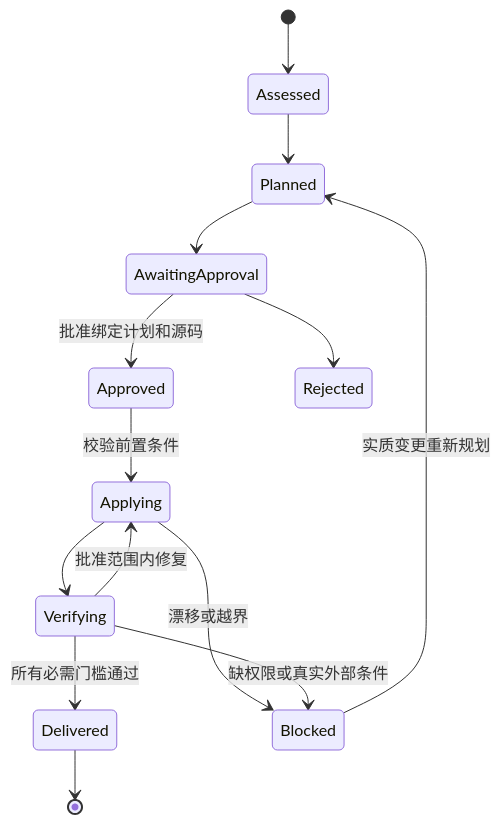
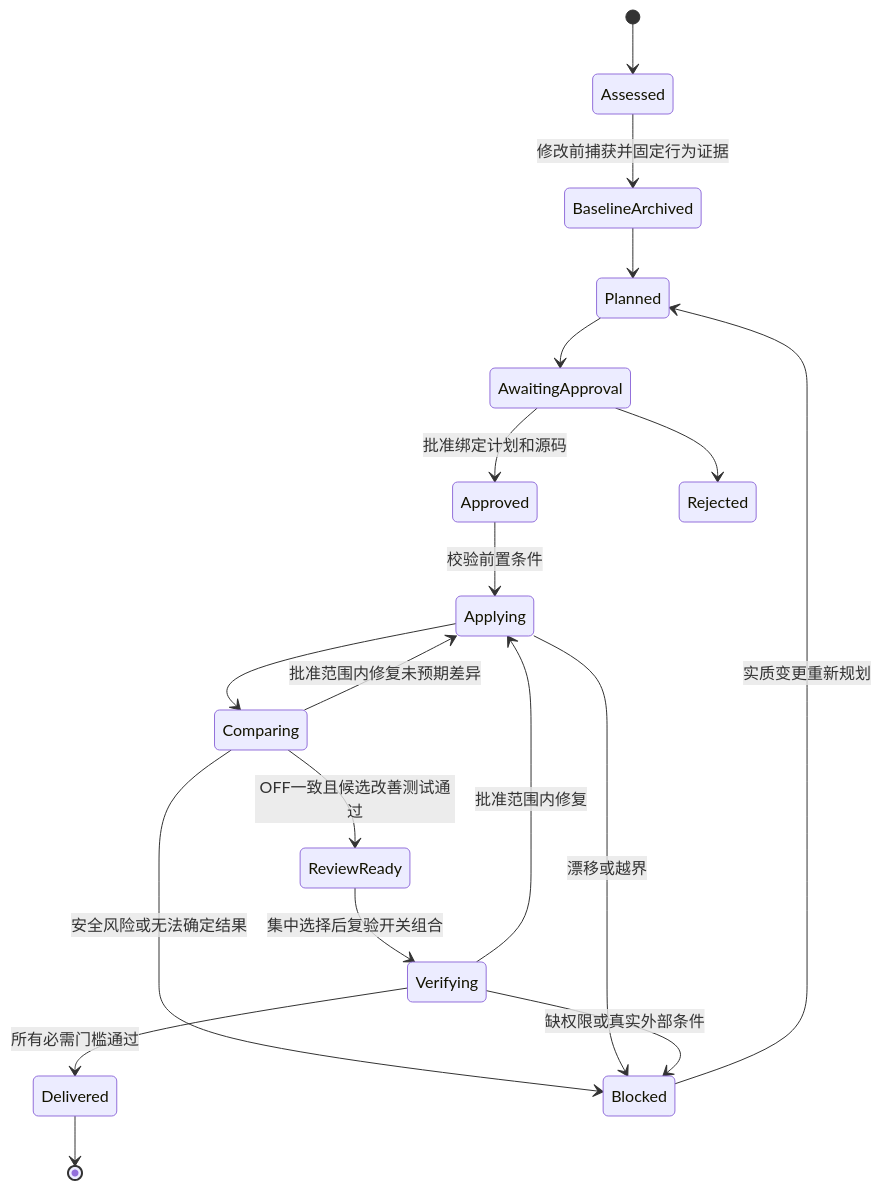
Before and after one commit to xinzhuwang-wxz/agentic-everything: the second of 4 diagrams in IMPLEMENTATION_PLAN.md, drawn with Mermaid. The commit also changed other lines of this file and 1 other file, not shown here.

````diff
--- a/IMPLEMENTATION_PLAN.md
+++ b/IMPLEMENTATION_PLAN.md
@@ -269,16 +280,21 @@
 ```mermaid
 stateDiagram-v2
   [*] --> Assessed
-  Assessed --> Planned
+  Assessed --> BaselineArchived: 修改前捕获并固定行为证据
+  BaselineArchived --> Planned
   Planned --> AwaitingApproval
   AwaitingApproval --> Approved: 批准绑定计划和源码
   AwaitingApproval --> Rejected
   Approved --> Applying: 校验前置条件
-  Applying --> Verifying
+  Applying --> Comparing
+  Comparing --> ReviewReady: OFF一致且候选改善测试通过
+  ReviewReady --> Verifying: 集中选择后复验开关组合
   Verifying --> Delivered: 所有必需门槛通过
+  Comparing --> Applying: 批准范围内修复未预期差异
+  Comparing --> Blocked: 安全风险或无法确定结果
   Verifying --> Applying: 批准范围内修复
   Applying --> Blocked: 漂移或越界
   Verifying --> Blocked: 缺权限或真实外部条件
   Blocked --> Planned: 实质变更重新规划
   Delivered --> [*]
 ```
````
